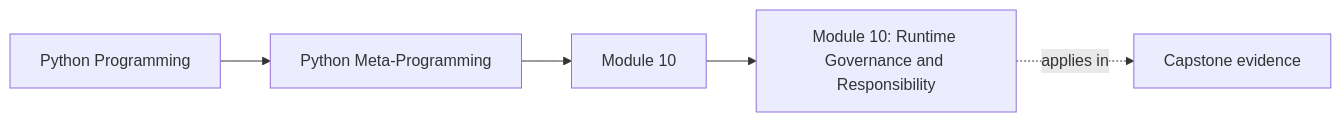
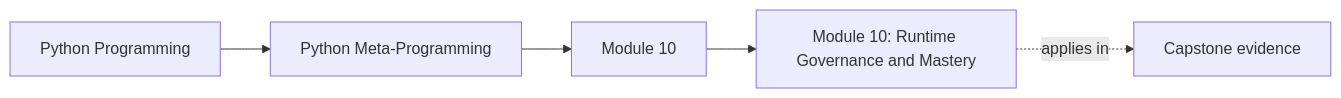
One commit to bijux/bijux-masterclass changed the first of 5 diagrams in programs/python-programming/python-meta-programming/course-book/module-10-runtime-governance-and-mastery/index.md. Above: the diagram before and after it, drawn with Mermaid. The commit also changed other lines of this file and 11 other files, not shown here.

````diff
--- a/programs/python-programming/python-meta-programming/course-book/module-10-runtime-governance-and-mastery/index.md
+++ b/programs/python-programming/python-meta-programming/course-book/module-10-runtime-governance-and-mastery/index.md
@@ -8,11 +8,11 @@
 ```mermaid
 graph LR
   family["Python Programming"]
   program["Python Meta-Programming"]
   section["Module 10"]
-  page["Module 10: Runtime Governance and Responsibility"]
+  page["Module 10: Runtime Governance and Mastery"]
   capstone["Capstone evidence"]
 
   family --> program --> section --> page
   page -.applies in.-> capstone
 ```
````
